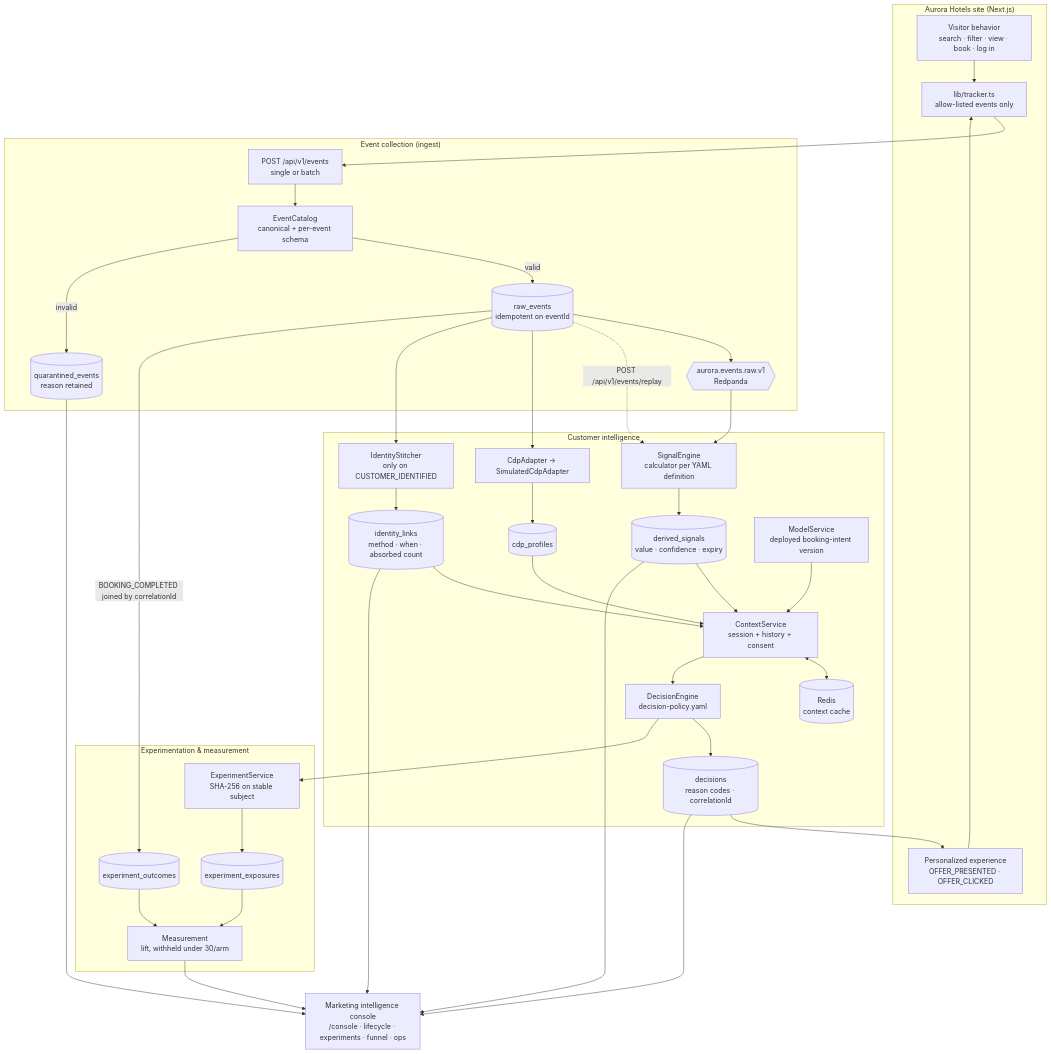
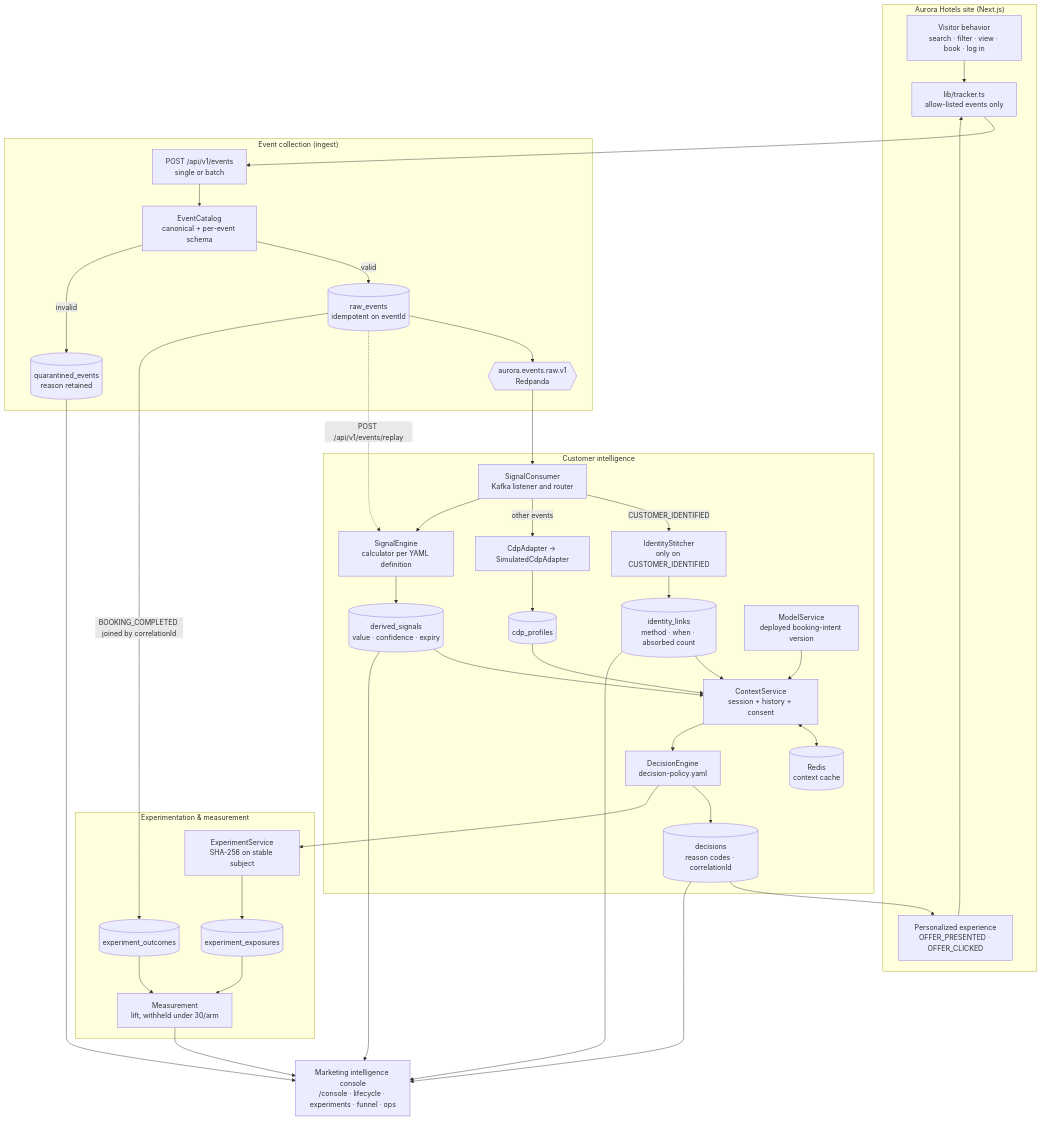
Before and after one commit to mohangundappa/aurora-intelligence: the first of 3 diagrams in docs/data-flow.md, drawn with Mermaid. The commit also changed other lines of this file, not shown here.

Commit message:
clarify data flow diagram routing

````diff
--- a/docs/data-flow.md
+++ b/docs/data-flow.md
@@ -11,65 +11,69 @@
 ```mermaid
 flowchart TB
   subgraph site["Aurora Hotels site (Next.js)"]
     behavior["Visitor behavior<br/>search · filter · view · book · log in"]
     tracker["lib/tracker.ts<br/>allow-listed events only"]
     experience["Personalized experience<br/>OFFER_PRESENTED · OFFER_CLICKED"]
   end
 
   subgraph collect["Event collection (ingest)"]
     api["POST /api/v1/events<br/>single or batch"]
     validate["EventCatalog<br/>canonical + per-event schema"]
     raw[("raw_events<br/>idempotent on eventId")]
     quarantine[("quarantined_events<br/>reason retained")]
     topic{{"aurora.events.raw.v1<br/>Redpanda"}}
   end
 
   subgraph intel["Customer intelligence"]
+    consumer["SignalConsumer<br/>Kafka listener and router"]
     cdp["CdpAdapter → SimulatedCdpAdapter"]
     profiles[("cdp_profiles")]
     stitch["IdentityStitcher<br/>only on CUSTOMER_IDENTIFIED"]
     links[("identity_links<br/>method · when · absorbed count")]
     engine["SignalEngine<br/>calculator per YAML definition"]
     signals[("derived_signals<br/>value · confidence · expiry")]
     model["ModelService<br/>deployed booking-intent version"]
     context["ContextService<br/>session + history + consent"]
     redis[("Redis<br/>context cache")]
     decision["DecisionEngine<br/>decision-policy.yaml"]
     decisions[("decisions<br/>reason codes · correlationId")]
   end
 
   subgraph measure["Experimentation & measurement"]
     assign["ExperimentService<br/>SHA-256 on stable subject"]
     exposures[("experiment_exposures")]
     outcomes[("experiment_outcomes")]
     lift["Measurement<br/>lift, withheld under 30/arm"]
   end
 
   console["Marketing intelligence console<br/>/console · lifecycle · experiments · funnel · ops"]
 
   behavior --> tracker --> api --> validate
   validate -->|"valid"| raw
   validate -->|"invalid"| quarantine
-  raw --> topic --> engine
+  raw --> topic --> consumer
+  consumer -->|"CUSTOMER_IDENTIFIED"| stitch
+  consumer -->|"other events"| cdp
+  consumer --> engine
   raw -.->|"POST /api/v1/events/replay"| engine
-  raw --> cdp --> profiles
-  raw --> stitch --> links
+  cdp --> profiles
+  stitch --> links
   profiles --> context
   links --> context
   engine --> signals --> context
   model --> context
   context <--> redis
   context --> decision
   decision --> decisions
   decision --> assign --> exposures
   decisions --> experience
   experience --> tracker
   outcomes --> lift
   exposures --> lift
   raw -->|"BOOKING_COMPLETED joined by correlationId"| outcomes
   signals --> console
   decisions --> console
   lift --> console
   quarantine --> console
   links --> console
 ```
````
